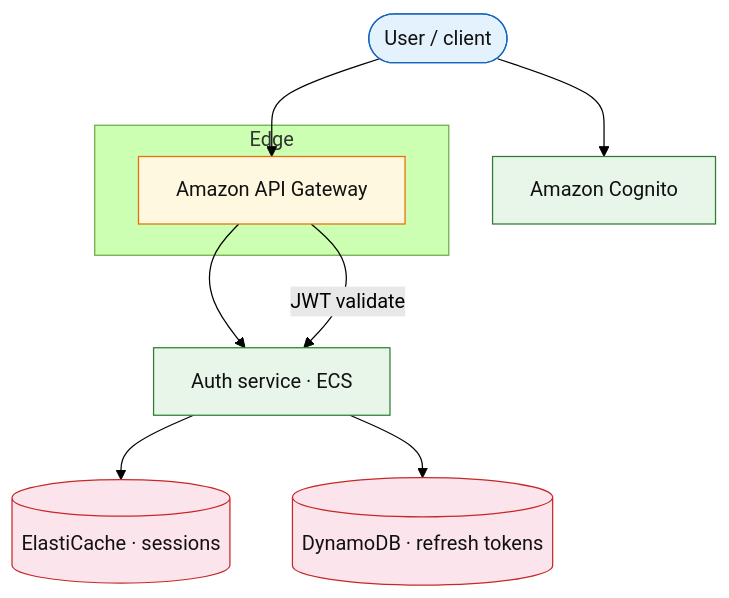
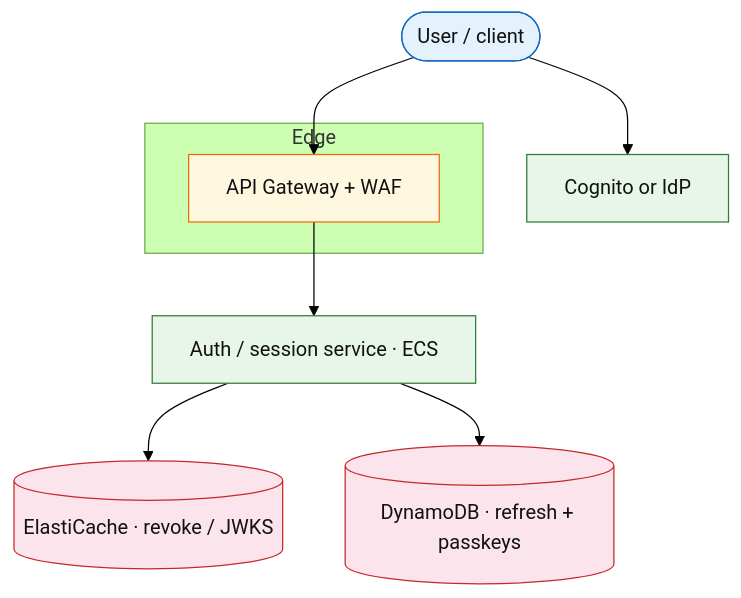
One commit to gardusig/interview changed the diagram in system-design/examples/platform/identity-session-service.md. Above: the diagram before and after it, drawn with Mermaid (forest theme). The commit also changed other lines of this file and 194 other files, not shown here.

````diff
--- a/system-design/examples/platform/identity-session-service.md
+++ b/system-design/examples/platform/identity-session-service.md
@@ -48,27 +57,25 @@
 ```mermaid
 flowchart TB
  user([User / client])
  subgraph edge [Edge]
- apigw[Amazon API Gateway]
+ apigw[API Gateway + WAF]
  end
- cognito[Amazon Cognito]
- auth[Auth service · ECS]
- redis[(ElastiCache · sessions)]
- ddb[(DynamoDB · refresh tokens)]
+ auth[Auth / session service · ECS]
+ cognito[Cognito or IdP]
+ redis[(ElastiCache · revoke / JWKS)]
+ ddb[(DynamoDB · refresh + passkeys)]
 
  user --> apigw --> auth
  user --> cognito
  auth --> redis
  auth --> ddb
- apigw -->|JWT validate| auth
 
  classDef user fill:#e3f2fd,#42a5f5,stroke:#1565c0,color:#111
  classDef edge fill:#fff8e1,#ffb74d,stroke:#ef6c00,color:#111
  classDef app fill:#e8f5e9,#66bb6a,stroke:#2e7d32,color:#111
  classDef data fill:#fce4ec,#ef5350,stroke:#c62828,color:#111
- classDef async fill:#f3e5f5,#ab47bc,stroke:#6a1b9a,color:#111
  class user user
  class apigw edge
  class cognito,auth app
  class redis,ddb data
 ```
````
